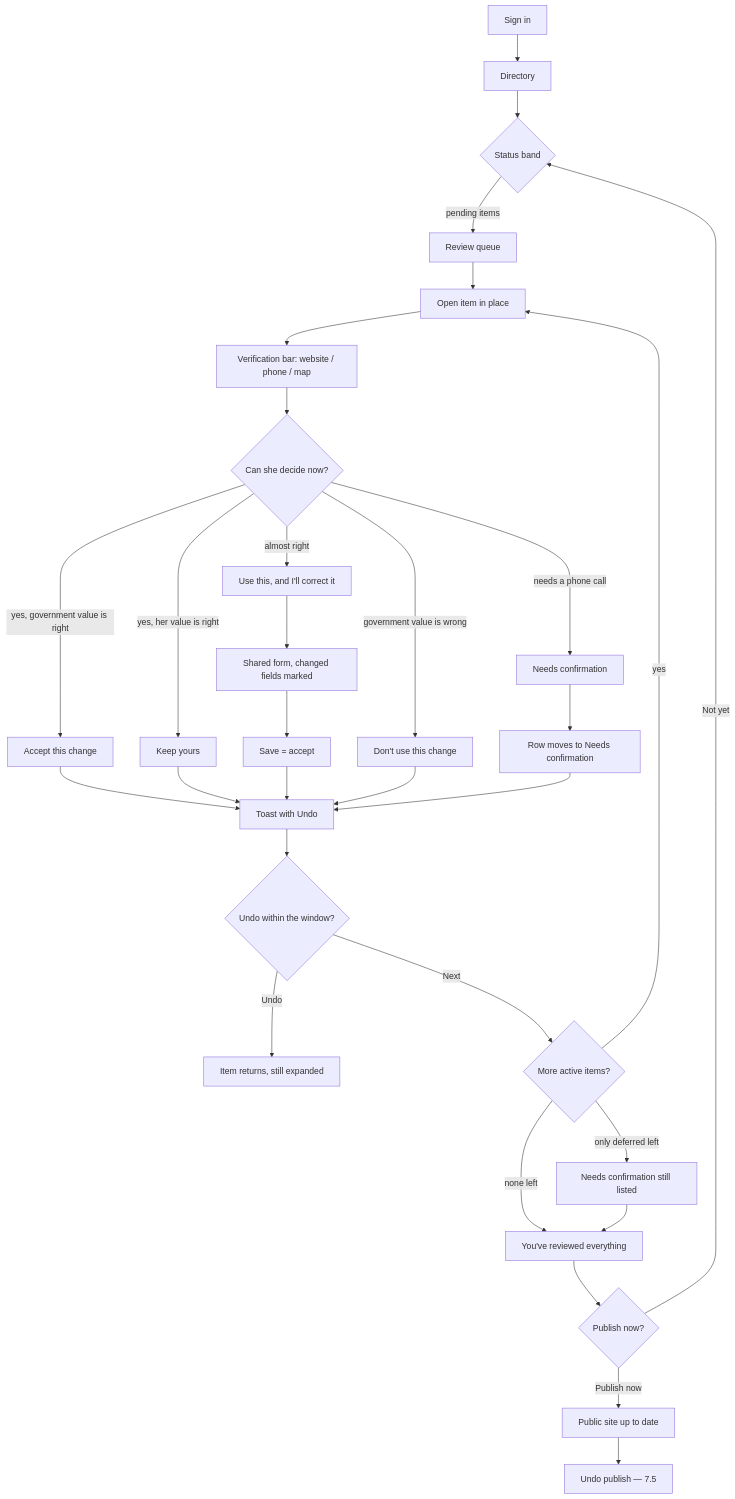
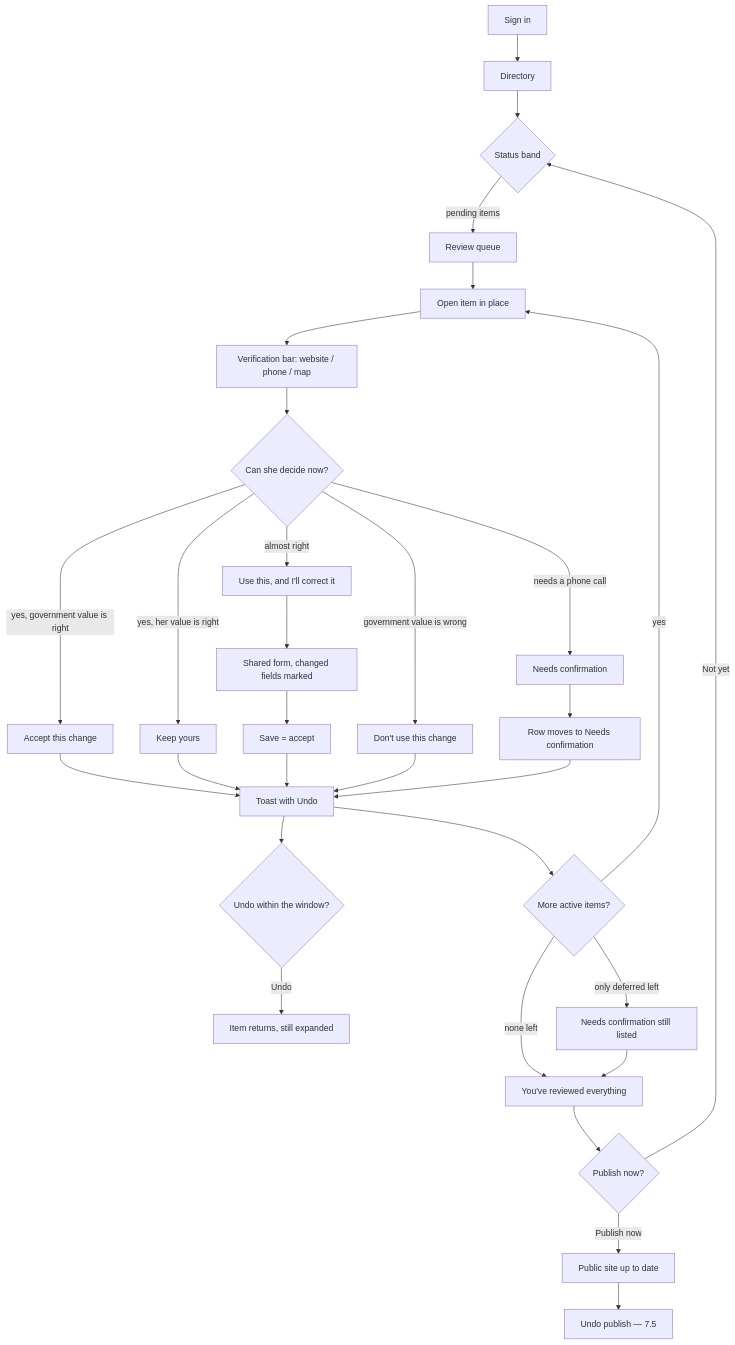
The first of 4 diagrams in docs/design/editor-interface-design.md (irab/porirua-locality-preview), drawn with Mermaid before and after one commit. The commit also changed other lines of this file and 9 other files, not shown here.

````diff
--- a/docs/design/editor-interface-design.md
+++ b/docs/design/editor-interface-design.md
@@ -377,30 +377,30 @@
 ```mermaid
 flowchart TD
   signin[Sign in] --> land[Directory]
   land --> band{Status band}
   band -->|pending items| queue[Review queue]
   queue --> open[Open item in place]
   open --> verify[Verification bar: website / phone / map]
   verify --> decide{Can she decide now?}
   decide -->|yes, government value is right| accept[Accept this change]
   decide -->|yes, her value is right| keep[Keep yours]
   decide -->|almost right| correct[Use this, and I'll correct it]
   decide -->|government value is wrong| decline[Don't use this change]
   decide -->|needs a phone call| defer[Needs confirmation]
   accept --> toast[Toast with Undo]
   keep --> toast
   correct --> form[Shared form, changed fields marked] --> saveAccept[Save = accept] --> toast
   decline --> toast
   defer --> deferred[Row moves to Needs confirmation] --> toast
   toast --> undo{Undo within the window?}
   undo -->|Undo| restore[Item returns, still expanded]
-  undo -->|Next| next{More active items?}
+  toast --> next{More active items?}
   next -->|yes| open
   next -->|only deferred left| later[Needs confirmation still listed]
   next -->|none left| finish[You've reviewed everything]
   later --> finish
   finish --> pub{Publish now?}
   pub -->|Publish now| live[Public site up to date]
   pub -->|Not yet| band
   live --> undoPub[Undo publish — 7.5]
 ```
````
